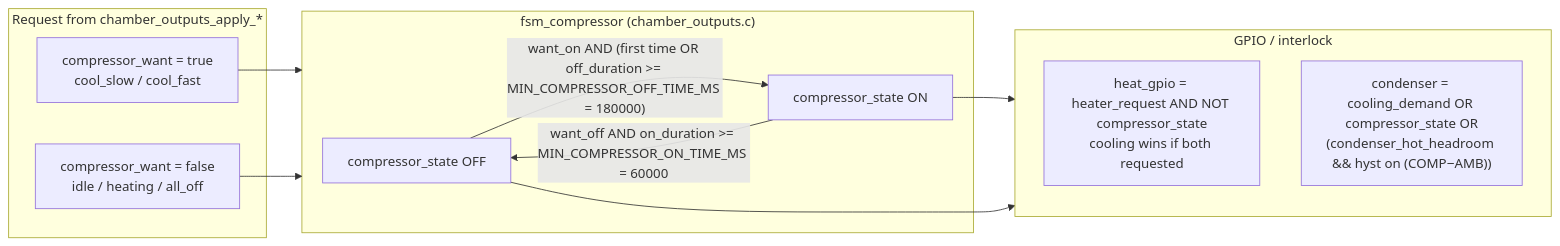
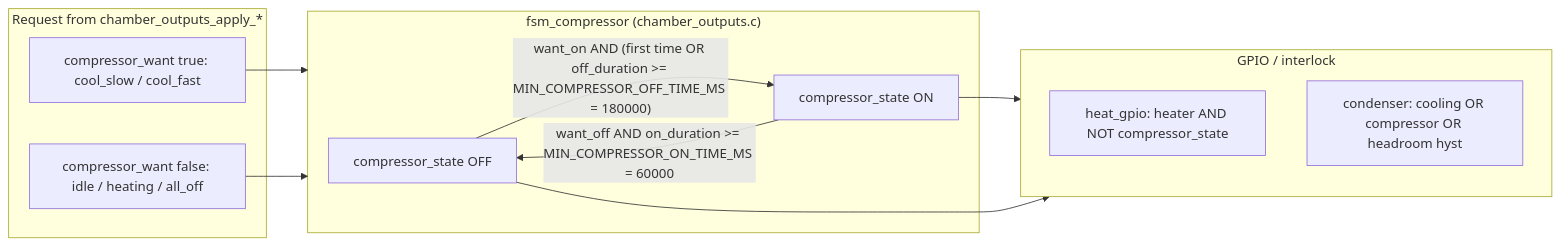
One commit to Team-Thermocline/Controller changed the second of 3 diagrams in Firmware/README.md. Above: the diagram before and after it, drawn with Mermaid. The commit also changed other lines of this file and 1 other file, not shown here.

Commit message:
Add FSM graphs and catch a tricky little fault reset bug

````diff
--- a/Firmware/README.md
+++ b/Firmware/README.md
@@ -131,25 +119,25 @@
 ```mermaid
 flowchart LR
   subgraph req["Request from chamber_outputs_apply_*"]
-    WON["compressor_want = true\ncool_slow / cool_fast"]
-    WOFF["compressor_want = false\nidle / heating / all_off"]
+    WON["compressor_want true: cool_slow / cool_fast"]
+    WOFF["compressor_want false: idle / heating / all_off"]
   end
 
   subgraph fsm["fsm_compressor (chamber_outputs.c)"]
     OFF["compressor_state OFF"]
     ON["compressor_state ON"]
     OFF -->|"want_on AND (first time OR off_duration >= MIN_COMPRESSOR_OFF_TIME_MS = 180000)"| ON
     ON -->|"want_off AND on_duration >= MIN_COMPRESSOR_ON_TIME_MS = 60000"| OFF
   end
 
   WON --> fsm
   WOFF --> fsm
 
   subgraph gpio["GPIO / interlock"]
-    H["heat_gpio = heater_request AND NOT compressor_state\ncooling wins if both requested"]
-    C["condenser = cooling_demand OR compressor_state OR\n(condenser_hot_headroom && hyst on (COMP−AMB))"]
+    H["heat_gpio: heater AND NOT compressor_state"]
+    C["condenser: cooling OR compressor OR headroom hyst"]
   end
 
   ON --> gpio
   OFF --> gpio
 ```
````
